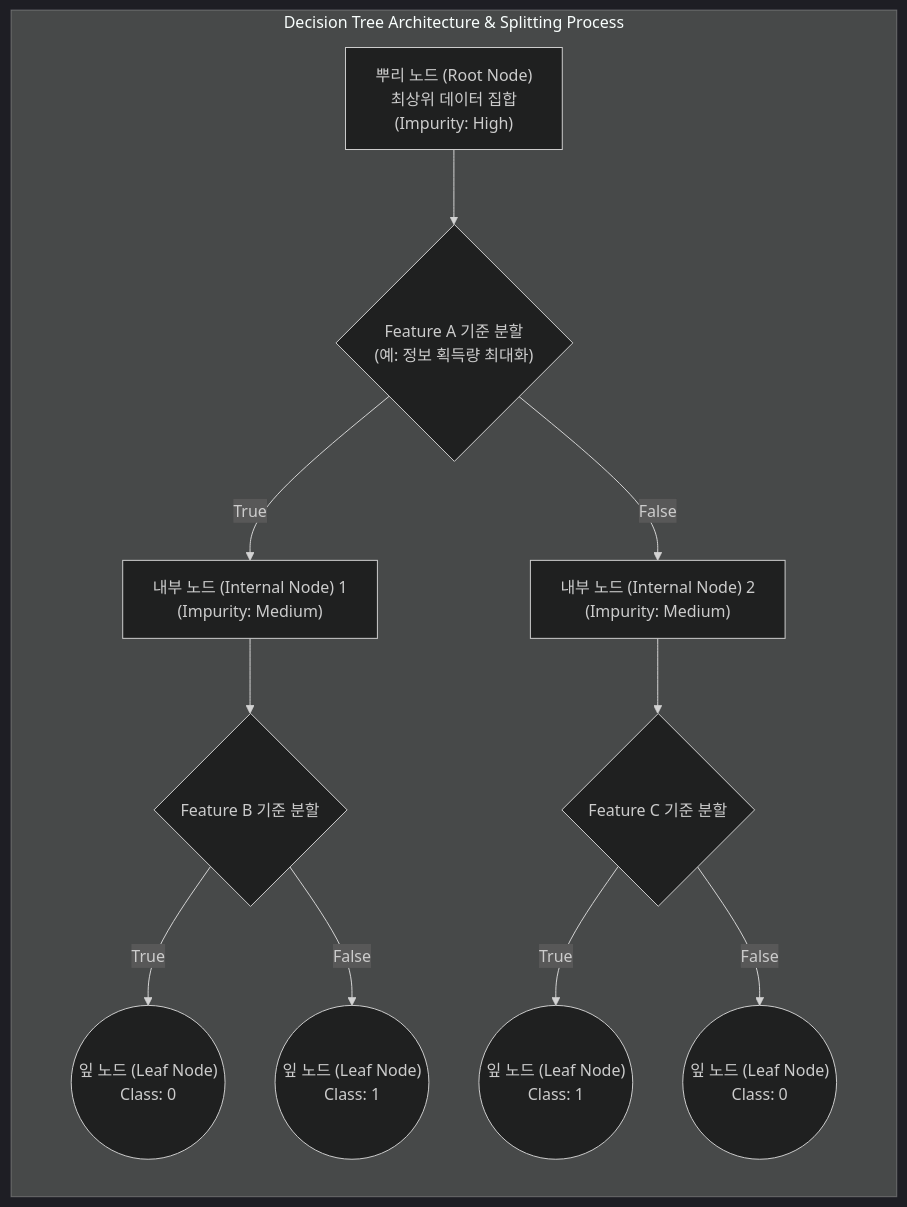
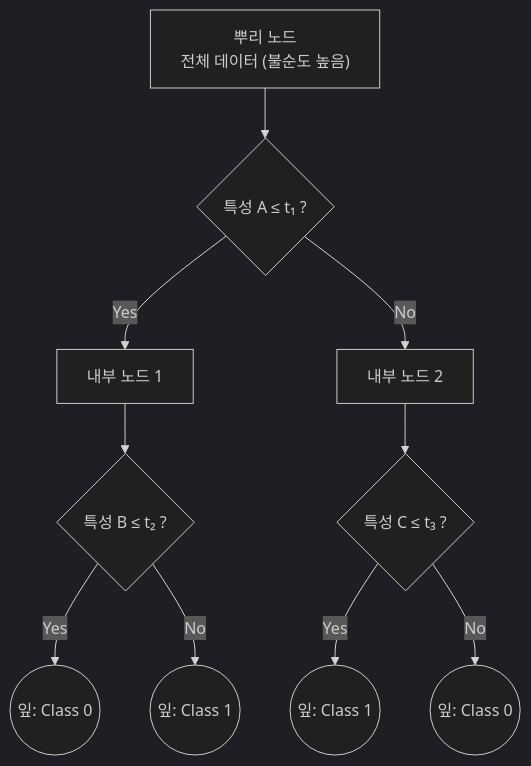
One commit to supremethumb/supremethumb.github.io changed the diagram in content/01_IT Tech/의사결정나무.md. Above: the diagram before and after it, drawn with Mermaid (dark theme). The commit also changed other lines of this file and 1087 other files, not shown here.

````diff
--- a/content/01_IT Tech/의사결정나무.md
+++ b/content/01_IT Tech/의사결정나무.md
@@ -27,35 +35,12 @@
 ```mermaid
 flowchart TB
-    subgraph DT["Decision Tree Architecture & Splitting Process"]
-        direction TB
-        
-        R["뿌리 노드 (Root Node)<br/>최상위 데이터 집합<br/>(Impurity: High)"]
-        
-        C1{"Feature A 기준 분할<br/>(예: 정보 획득량 최대화)"}
-        
-        D1["내부 노드 (Internal Node) 1<br/>(Impurity: Medium)"]
-        D2["내부 노드 (Internal Node) 2<br/>(Impurity: Medium)"]
-        
-        C2{"Feature B 기준 분할"}
-        C3{"Feature C 기준 분할"}
-        
-        L1(("잎 노드 (Leaf Node)<br/>Class: 0"))
-        L2(("잎 노드 (Leaf Node)<br/>Class: 1"))
-        L3(("잎 노드 (Leaf Node)<br/>Class: 1"))
-        L4(("잎 노드 (Leaf Node)<br/>Class: 0"))
-
-        R --> C1
-        C1 -- True --> D1
-        C1 -- False --> D2
-        
-        D1 --> C2
-        D2 --> C3
-        
-        C2 -- True --> L1
-        C2 -- False --> L2
-        
-        C3 -- True --> L3
-        C3 -- False --> L4
-    end
-
+    R["뿌리 노드<br/>전체 데이터 (불순도 높음)"] --> C1{"특성 A ≤ t₁ ?"}
+    C1 -- "Yes" --> D1["내부 노드 1"]
+    C1 -- "No" --> D2["내부 노드 2"]
+    D1 --> C2{"특성 B ≤ t₂ ?"}
+    D2 --> C3{"특성 C ≤ t₃ ?"}
+    C2 -- "Yes" --> L1(("잎: Class 0"))
+    C2 -- "No" --> L2(("잎: Class 1"))
+    C3 -- "Yes" --> L3(("잎: Class 1"))
+    C3 -- "No" --> L4(("잎: Class 0"))
 ```
````
